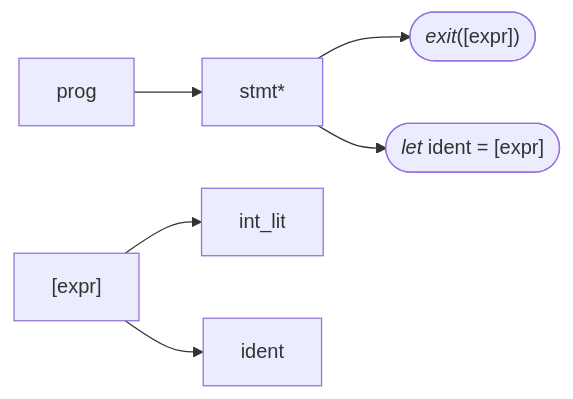
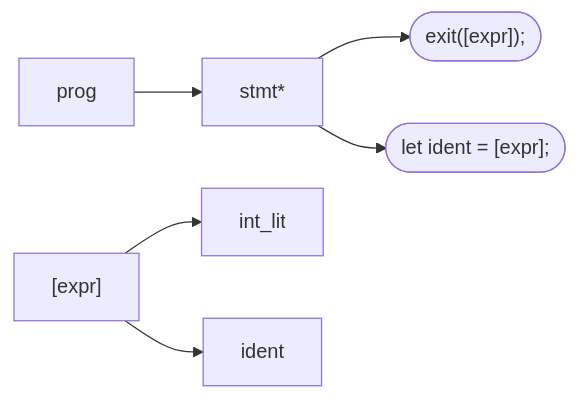
Before and after one commit to nikkehtine/hydrogen: the diagram in docs/grammar.md, drawn with Mermaid. The commit also changed 5 other files, not shown here.

````diff
--- a/docs/grammar.md
+++ b/docs/grammar.md
@@ -1,11 +1,11 @@
 ```mermaid
 graph LR
 
 prog --> stmt*
-stmt* --> exit(["<i>exit</i>([expr])"])
-stmt* --> let(["<i>let</i> ident = [expr]"])
+stmt* --> exit(["exit([expr]);"])
+stmt* --> let(["let ident = [expr];"])
 
 expr["[expr]"]
 expr --> int_lit
 expr --> ident
 ```
````
